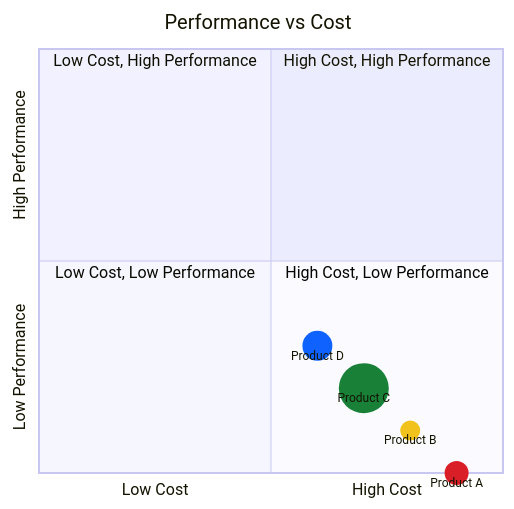
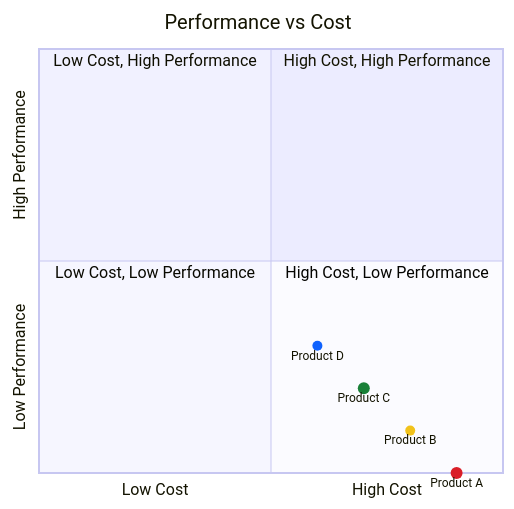
Before and after one commit to zhiweio/mermaid-illustrate: the second of 6 diagrams in examples/quadrant.md, drawn with Mermaid. The commit also changed other lines of this file and 2 other files, not shown here.

Commit message:
feat: update the rules of diagram

````diff
--- a/examples/quadrant.md
+++ b/examples/quadrant.md
@@ -53,14 +55,14 @@
 ```mermaid
 quadrantChart
     title Performance vs Cost
     x-axis Low Cost --> High Cost
     y-axis Low Performance --> High Performance
     quadrant-1 High Cost, High Performance
     quadrant-2 Low Cost, High Performance
     quadrant-3 Low Cost, Low Performance
     quadrant-4 High Cost, Low Performance
-    Product A: [0.9, 0.0] radius: 12, color: #da1e28
-    Product B: [0.8, 0.1] radius: 10, color: #f1c21b
-    Product C: [0.7, 0.2] radius: 25, color: #198038
-    Product D: [0.6, 0.3] radius: 15, color: #0f62fe
+    Product A: [0.9, 0.0] radius: 6, color: #da1e28
+    Product B: [0.8, 0.1] radius: 5, color: #f1c21b
+    Product C: [0.7, 0.2] radius: 6, color: #198038
+    Product D: [0.6, 0.3] radius: 5, color: #0f62fe
 ```
````
